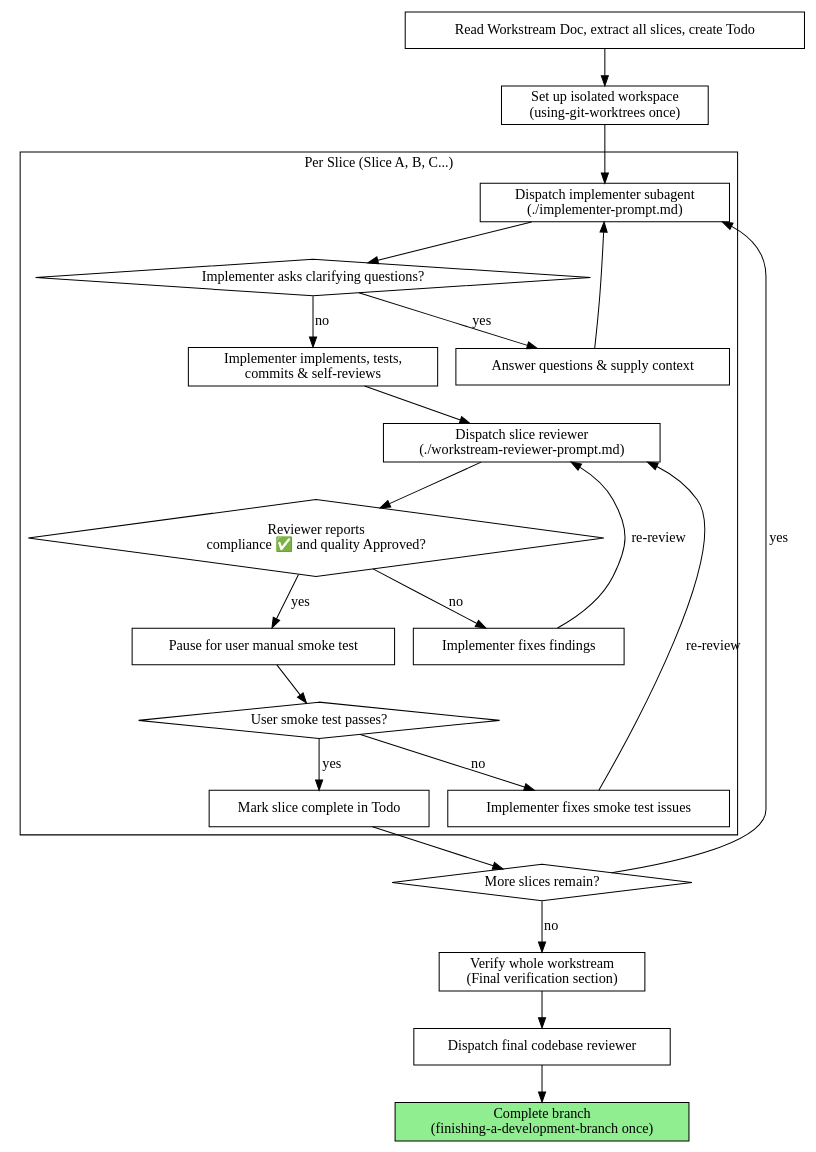
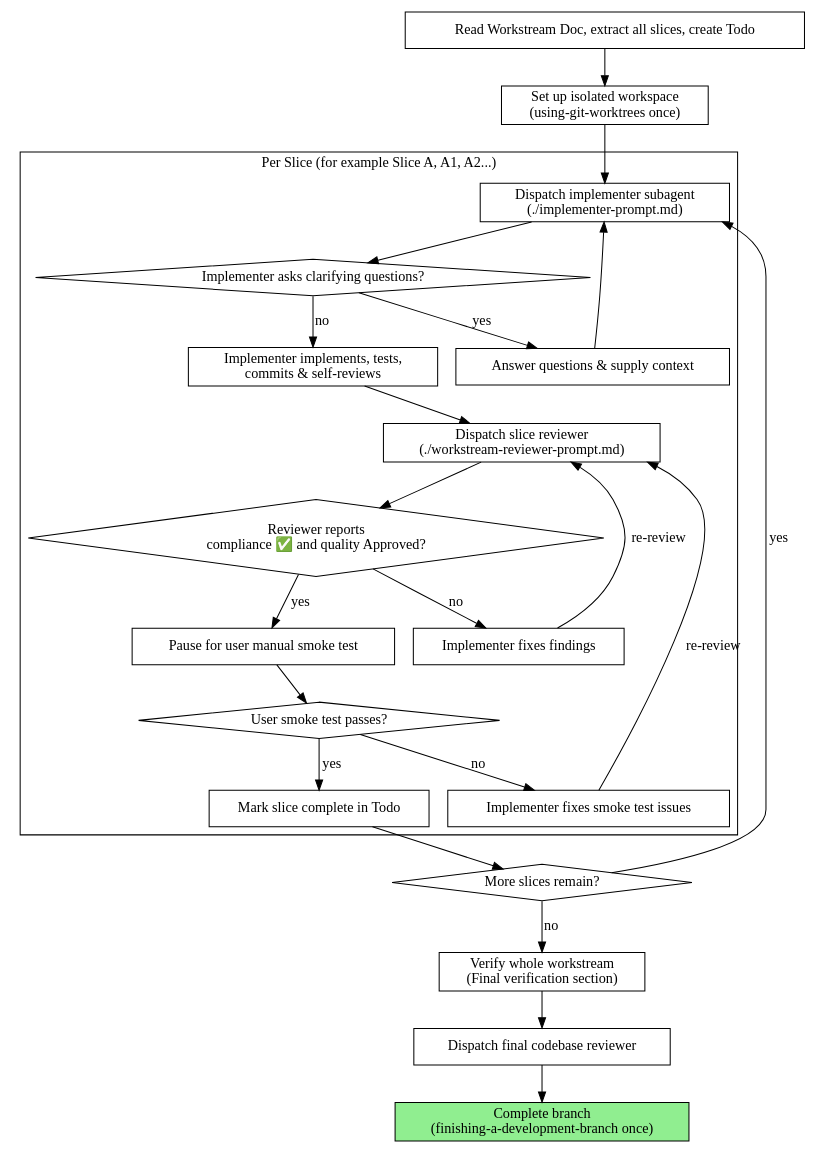
The diagram in skills/workstream-driven-development/SKILL.md (dtbndr/solopowers), drawn with Graphviz before and after one commit. The commit also changed other lines of this file and 6 other files, not shown here.

````diff
--- a/skills/workstream-driven-development/SKILL.md
+++ b/skills/workstream-driven-development/SKILL.md
@@ -26,48 +28,48 @@
 ```dot
 digraph workstream_execution {
     rankdir=TB;
 
     subgraph cluster_per_slice {
-        label="Per Slice (Slice A, B, C...)";
+        label="Per Slice (for example Slice A, A1, A2...)";
         "Dispatch implementer subagent\n(./implementer-prompt.md)" [shape=box];
         "Implementer asks clarifying questions?" [shape=diamond];
         "Answer questions & supply context" [shape=box];
         "Implementer implements, tests,\ncommits & self-reviews" [shape=box];
         "Dispatch slice reviewer\n(./workstream-reviewer-prompt.md)" [shape=box];
         "Reviewer reports\ncompliance ✅ and quality Approved?" [shape=diamond];
         "Implementer fixes findings" [shape=box];
         "Pause for user manual smoke test" [shape=box];
         "User smoke test passes?" [shape=diamond];
         "Implementer fixes smoke test issues" [shape=box];
         "Mark slice complete in Todo" [shape=box];
     }
 
     "Read Workstream Doc, extract all slices, create Todo" [shape=box];
     "Set up isolated workspace\n(using-git-worktrees once)" [shape=box];
     "More slices remain?" [shape=diamond];
     "Verify whole workstream\n(Final verification section)" [shape=box];
     "Dispatch final codebase reviewer" [shape=box];
     "Complete branch\n(finishing-a-development-branch once)" [shape=box style=filled fillcolor=lightgreen];
 
     "Read Workstream Doc, extract all slices, create Todo" -> "Set up isolated workspace\n(using-git-worktrees once)";
     "Set up isolated workspace\n(using-git-worktrees once)" -> "Dispatch implementer subagent\n(./implementer-prompt.md)";
     "Dispatch implementer subagent\n(./implementer-prompt.md)" -> "Implementer asks clarifying questions?";
     "Implementer asks clarifying questions?" -> "Answer questions & supply context" [label="yes"];
     "Answer questions & supply context" -> "Dispatch implementer subagent\n(./implementer-prompt.md)";
     "Implementer asks clarifying questions?" -> "Implementer implements, tests,\ncommits & self-reviews" [label="no"];
     "Implementer implements, tests,\ncommits & self-reviews" -> "Dispatch slice reviewer\n(./workstream-reviewer-prompt.md)";
     "Dispatch slice reviewer\n(./workstream-reviewer-prompt.md)" -> "Reviewer reports\ncompliance ✅ and quality Approved?";
     "Reviewer reports\ncompliance ✅ and quality Approved?" -> "Implementer fixes findings" [label="no"];
     "Implementer fixes findings" -> "Dispatch slice reviewer\n(./workstream-reviewer-prompt.md)" [label="re-review"];
     "Reviewer reports\ncompliance ✅ and quality Approved?" -> "Pause for user manual smoke test" [label="yes"];
     "Pause for user manual smoke test" -> "User smoke test passes?";
     "User smoke test passes?" -> "Implementer fixes smoke test issues" [label="no"];
     "Implementer fixes smoke test issues" -> "Dispatch slice reviewer\n(./workstream-reviewer-prompt.md)" [label="re-review"];
     "User smoke test passes?" -> "Mark slice complete in Todo" [label="yes"];
     "Mark slice complete in Todo" -> "More slices remain?";
     "More slices remain?" -> "Dispatch implementer subagent\n(./implementer-prompt.md)" [label="yes"];
     "More slices remain?" -> "Verify whole workstream\n(Final verification section)" [label="no"];
     "Verify whole workstream\n(Final verification section)" -> "Dispatch final codebase reviewer";
     "Dispatch final codebase reviewer" -> "Complete branch\n(finishing-a-development-branch once)";
 }
 ```
````
